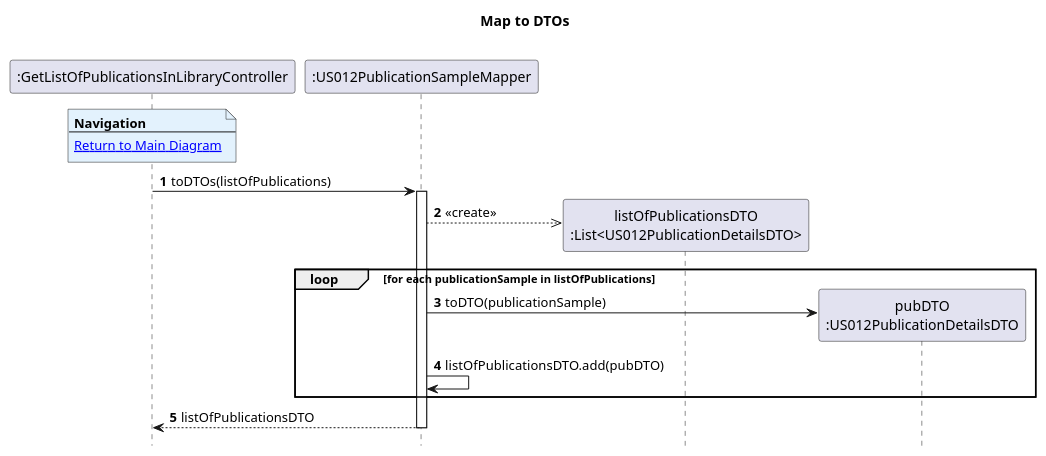
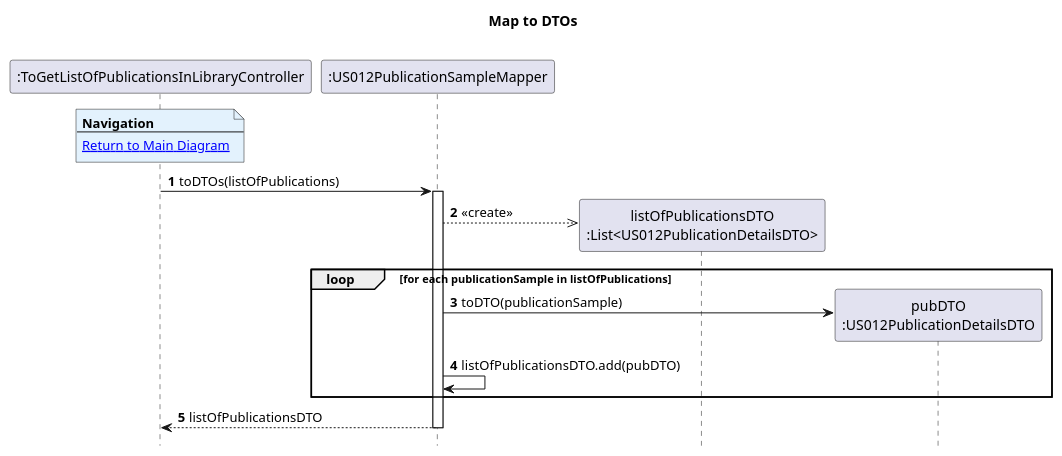
One commit to AndrePereiraGitH/SWitCH-Project-Team_A changed the diagram in Diagrams/SequenceDiagrams/N2/To-Get-List-Of-Publications-In-My-Library/4.MapToDTOs.puml. Above: the diagram before and after it, drawn with PlantUML. The commit also changed 5 other files, not shown here.

```diff
--- a/Diagrams/SequenceDiagrams/N2/To-Get-List-Of-Publications-In-My-Library/4.MapToDTOs.puml
+++ b/Diagrams/SequenceDiagrams/N2/To-Get-List-Of-Publications-In-My-Library/4.MapToDTOs.puml
@@ -1,30 +1,30 @@
 @startuml
 hide footbox
 autonumber
 title Map to DTOs
 
-participant ":GetListOfPublicationsInLibraryController" as Ctrl
+participant ":ToGetListOfPublicationsInLibraryController" as Ctrl
 participant ":US012PublicationSampleMapper" as Mapper
 participant "listOfPublicationsDTO\n:List<US012PublicationDetailsDTO>" as ListDTO
 participant "pubDTO\n:US012PublicationDetailsDTO" as pubDTO
 
 note over Ctrl #E3F2FD
 <b>Navigation</b>
 ---
 [[1.MainDiagram.puml Return to Main Diagram]]
 end note
 
 Ctrl -> Mapper: toDTOs(listOfPublications)
 activate Mapper
 
 Mapper -->> ListDTO **: <<create>>
 
 loop for each publicationSample in listOfPublications
     Mapper -> pubDTO **: toDTO(publicationSample)
     Mapper -> Mapper: listOfPublicationsDTO.add(pubDTO)
 end
 
 Mapper --> Ctrl: listOfPublicationsDTO
 deactivate Mapper
 
 @enduml
```
